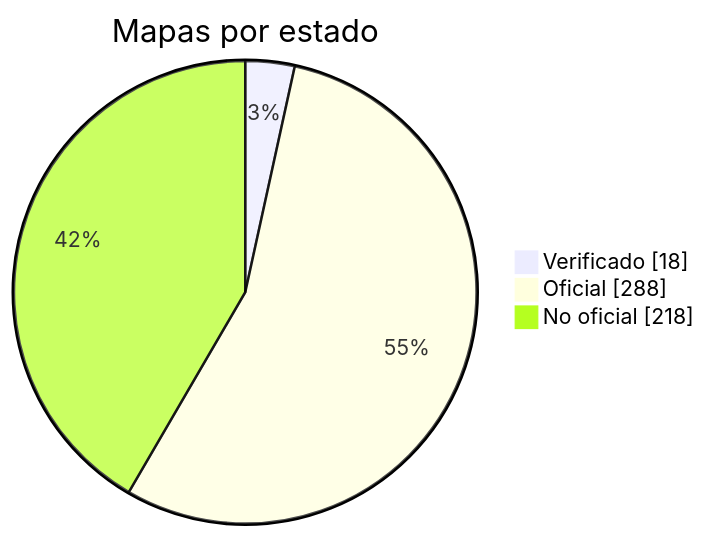
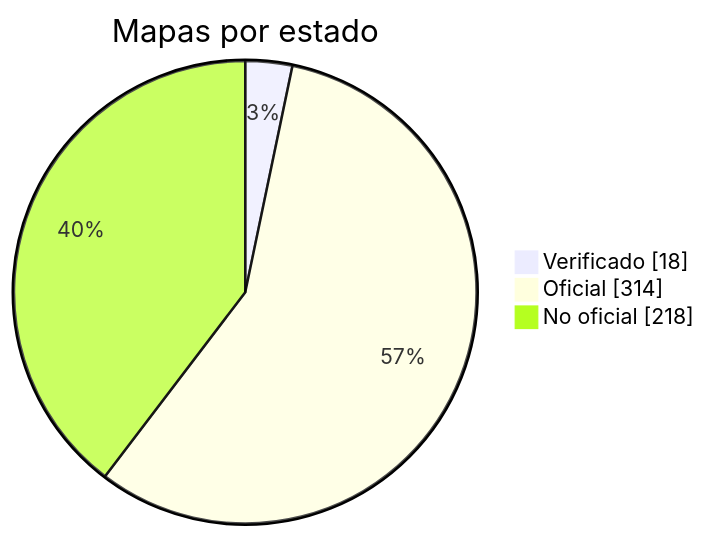
The diagram in docs/readme/README_ES.md (nobrega8/mbmap-library), drawn with Mermaid before and after one commit. The commit also changed 31 other files, not shown here.

````diff
--- a/docs/readme/README_ES.md
+++ b/docs/readme/README_ES.md
@@ -54,7 +54,7 @@
 ```mermaid
 pie showData
     title Mapas por estado
     "Verificado" : 18
-    "Oficial" : 288
+    "Oficial" : 314
     "No oficial" : 218
 ```
````
